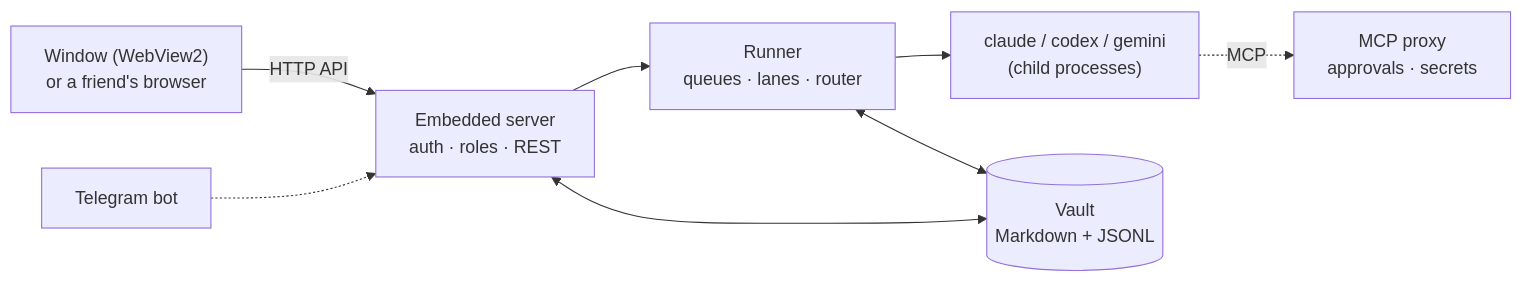
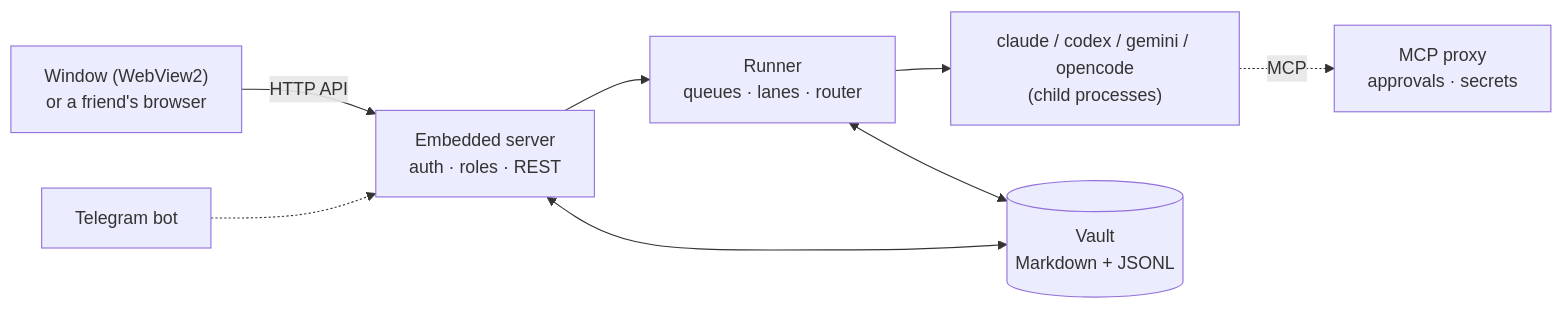
The first of 2 diagrams in README.md (mthnyuksek/Phantom_Co), drawn with Mermaid before and after one commit. The commit also changed other lines of this file and 2 other files, not shown here.

````diff
--- a/README.md
+++ b/README.md
@@ -69,10 +73,10 @@
 ```mermaid
 flowchart LR
     UI["Window (WebView2)<br/>or a friend's browser"] -->|HTTP API| Server["Embedded server<br/>auth · roles · REST"]
     TG["Telegram bot"] -.-> Server
     Server --> Runner["Runner<br/>queues · lanes · router"]
-    Runner --> CLI["claude / codex / gemini<br/>(child processes)"]
+    Runner --> CLI["claude / codex / gemini / opencode<br/>(child processes)"]
     CLI -.->|MCP| Proxy["MCP proxy<br/>approvals · secrets"]
     Server <--> Vault[("Vault<br/>Markdown + JSONL")]
     Runner <--> Vault
 ```
````
